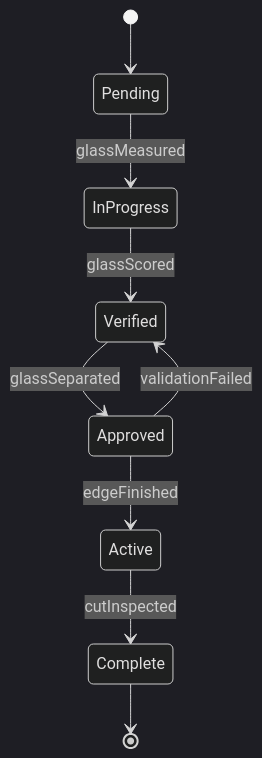
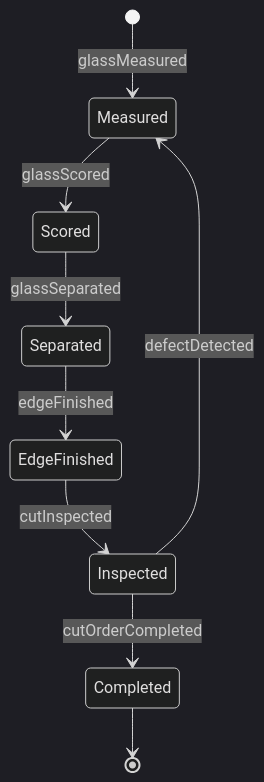
One commit to dot-org-ai/tasks.org.ai changed the second of 4 diagrams in HandlingAndMovingObjects/CutMaterials/CutGlass.mdx. Above: the diagram before and after it, drawn with Mermaid (dark theme). The commit also changed other lines of this file and 515 other files, not shown here.

````diff
--- a/HandlingAndMovingObjects/CutMaterials/CutGlass.mdx
+++ b/HandlingAndMovingObjects/CutMaterials/CutGlass.mdx
@@ -101,11 +102,11 @@
 ```mermaid
 stateDiagram-v2
-    [*] --> Pending
-    Pending --> InProgress : glassMeasured
-    InProgress --> Verified : glassScored
-    Verified --> Approved : glassSeparated
-    Approved --> Active : edgeFinished
-    Active --> Complete : cutInspected
-    Approved --> Verified : validationFailed
-    Complete --> [*]
+    [*] --> Measured : glassMeasured
+    Measured --> Scored : glassScored
+    Scored --> Separated : glassSeparated
+    Separated --> EdgeFinished : edgeFinished
+    EdgeFinished --> Inspected : cutInspected
+    Inspected --> Completed : cutOrderCompleted
+    Inspected --> Measured : defectDetected
+    Completed --> [*]
 ```
````
